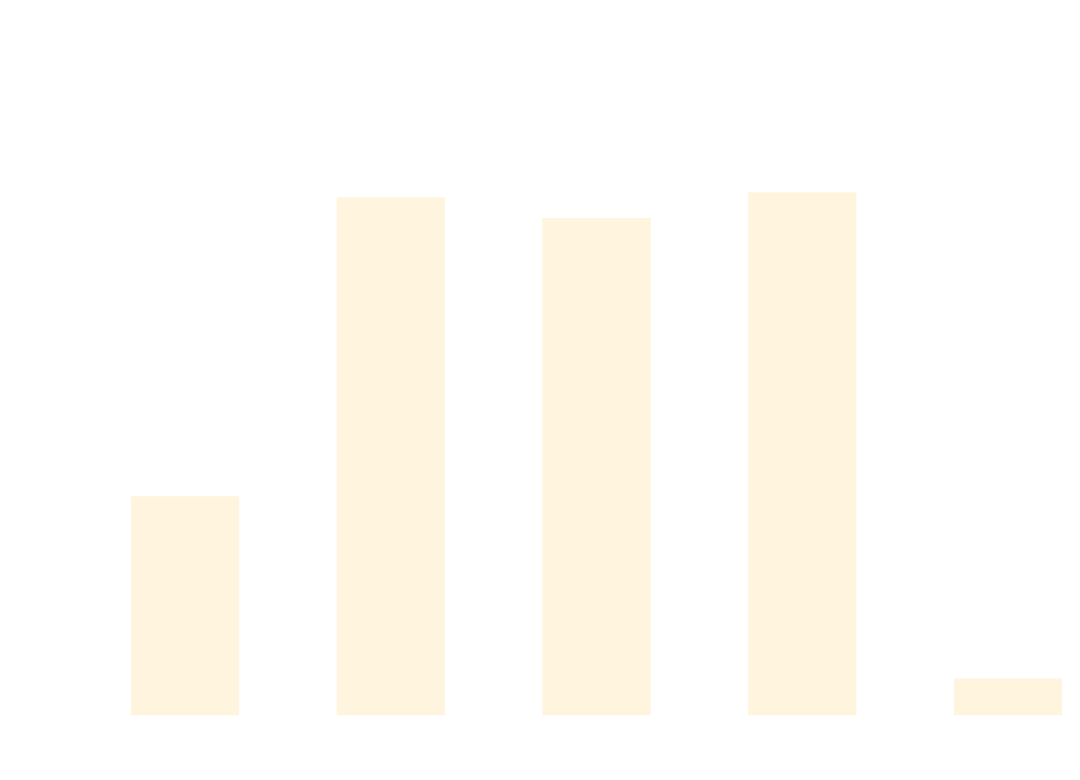
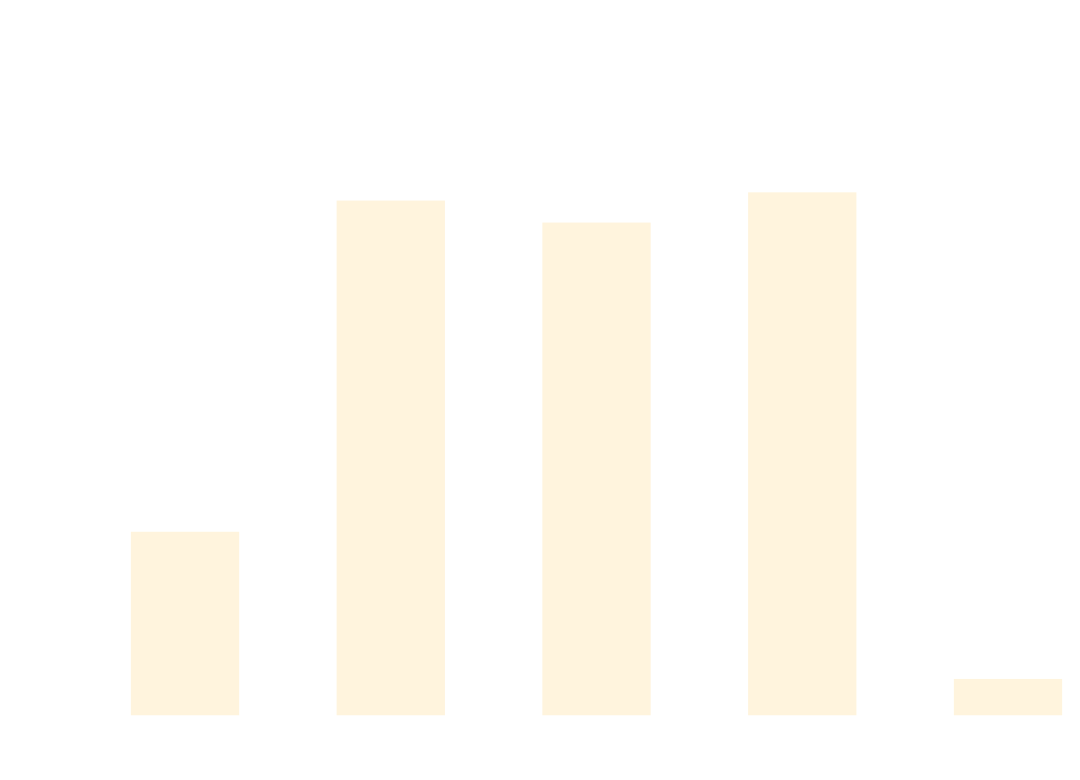
Before and after one commit to thomhurst/TUnit: the diagram in docs/docs/benchmarks/MatrixTests.md, drawn with Mermaid. The commit also changed other lines of this file and 16 other files, not shown here.

````diff
--- a/docs/docs/benchmarks/MatrixTests.md
+++ b/docs/docs/benchmarks/MatrixTests.md
@@ -27,37 +27,37 @@
 ```mermaid
 %%{init: {
   'theme':'base',
   'themeVariables': {
     'primaryColor': '#2563eb',
     'primaryTextColor': '#ffffff',
     'primaryBorderColor': '#1e40af',
     'lineColor': '#6b7280',
     'secondaryColor': '#7c3aed',
     'tertiaryColor': '#dc2626',
     'background': '#ffffff',
     'mainBkg': '#2563eb',
     'secondBkg': '#7c3aed',
     'tertiaryBkg': '#dc2626',
     'clusterBkg': '#f3f4f6',
     'edgeLabelBackground': '#ffffff',
     'tertiaryTextColor': '#1f2937',
     'pie1': '#2563eb',
     'pie2': '#7c3aed',
     'pie3': '#dc2626',
     'pie4': '#f59e0b',
     'pie5': '#10b981',
     'pie6': '#06b6d4',
     'pie7': '#ec4899',
     'pie8': '#6366f1',
     'pie9': '#84cc16',
     'pie10': '#f97316',
     'pie11': '#14b8a6',
     'pie12': '#a855f7'
   }
 }}%%
 xychart-beta
   title "MatrixTests Performance Comparison"
   x-axis ["TUnit", "NUnit", "MSTest", "xUnit3", "TUnit_AOT"]
-  y-axis "Time (ms)" 0 --> 1933
-  bar [653.05, 1594.67, 1529.5, 1610.54, 78.53]
+  y-axis "Time (ms)" 0 --> 1920
+  bar [537.45, 1574.02, 1505.1, 1599.72, 76.85]
 ```
````
